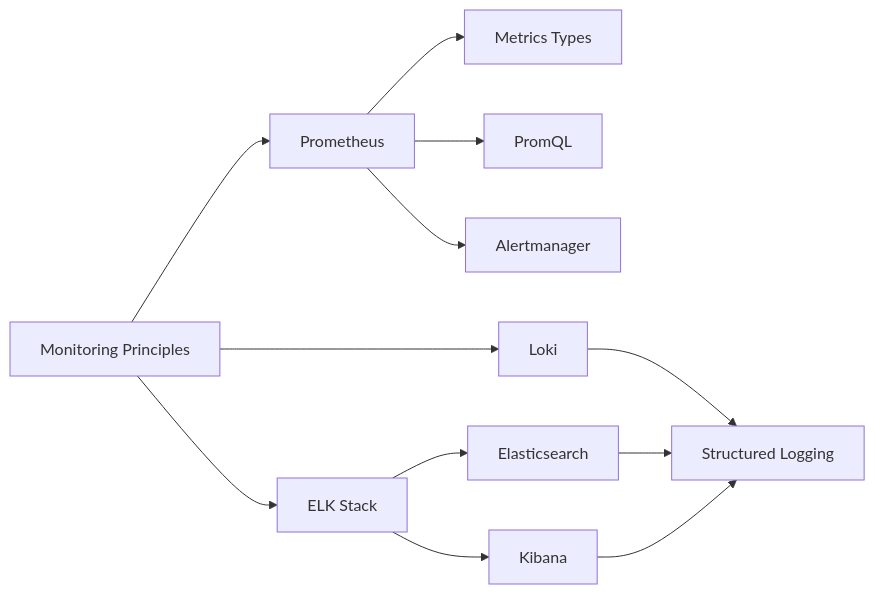
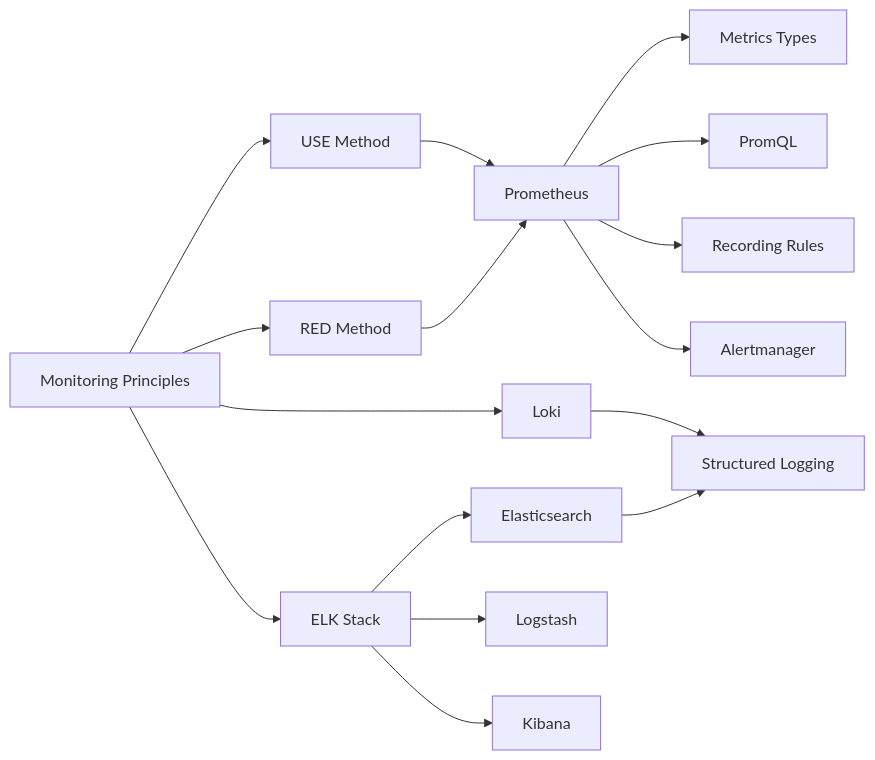
Before and after one commit to Raushan666java/ai-engineering-journey: the diagram in docs/courses/devops/12-monitoring-logging.md, drawn with Mermaid. The commit also changed other lines of this file and 62 other files, not shown here.

````diff
--- a/docs/courses/devops/12-monitoring-logging.md
+++ b/docs/courses/devops/12-monitoring-logging.md
@@ -31,12 +31,16 @@
 ```mermaid
 flowchart LR
-    A[Monitoring Principles] --> B[Prometheus]
-    B --> C[Metrics Types]
-    B --> D[PromQL]
-    B --> E[Alertmanager]
-    A --> F[Loki]
-    A --> G[ELK Stack]
-    G --> H[Elasticsearch]
-    G --> I[Kibana]
-    F & H & I --> J[Structured Logging]
+    A[Monitoring Principles] --> B[USE Method]
+    A --> C[RED Method]
+    B & C --> D[Prometheus]
+    D --> E[Metrics Types]
+    D --> F[PromQL]
+    D --> G[Recording Rules]
+    D --> H[Alertmanager]
+    A --> I[Loki]
+    A --> J[ELK Stack]
+    J --> K[Elasticsearch]
+    J --> L[Logstash]
+    J --> M[Kibana]
+    I & K --> N[Structured Logging]
 ```
````
